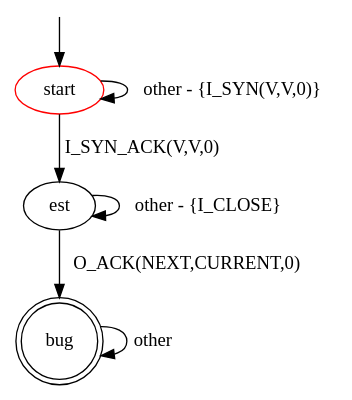
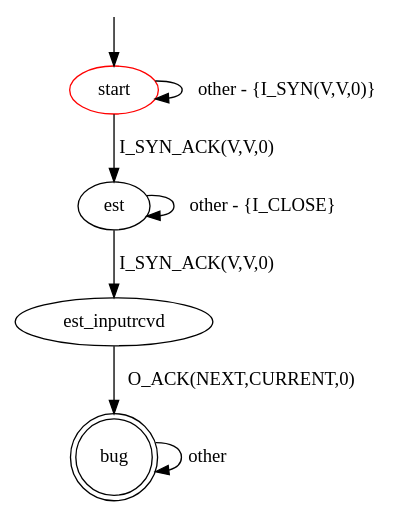
Before and after one commit to assist-project/state-machine-bug-finder: the diagram in src/main/resources/patterns/tcp/client/invalid_response_to_synack_established.dot, drawn with Graphviz. The commit also changed 13 other files, not shown here.

```diff
--- a/src/main/resources/patterns/tcp/client/invalid_response_to_synack_established.dot
+++ b/src/main/resources/patterns/tcp/client/invalid_response_to_synack_established.dot
@@ -1,16 +1,17 @@
 digraph G {
 label=""
 start [color="red"]
 bug [shape="doublecircle"]
 
 start -> start [label="other - {I_SYN(V,V,0)}"]
 start -> est [label="I_SYN_ACK(V,V,0)"]
 est -> est [label="other - {I_CLOSE}"]
-est -> bug [label="O_ACK(NEXT,CURRENT,0)"]
+est -> est_inputrcvd [label="I_SYN_ACK(V,V,0)"]
+est_inputrcvd -> bug [label="O_ACK(NEXT,CURRENT,0)"]
 
 
 bug -> bug [label="other"]
 
 __start0 [label="" shape="none" width="0" height="0"];
 __start0 -> start;
 }
```
